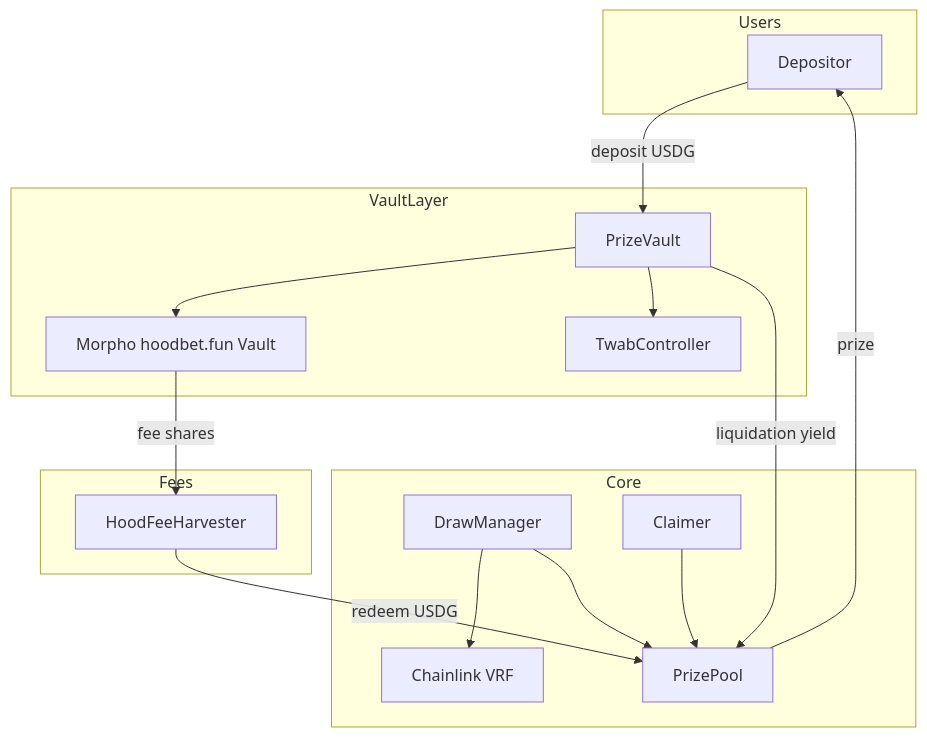
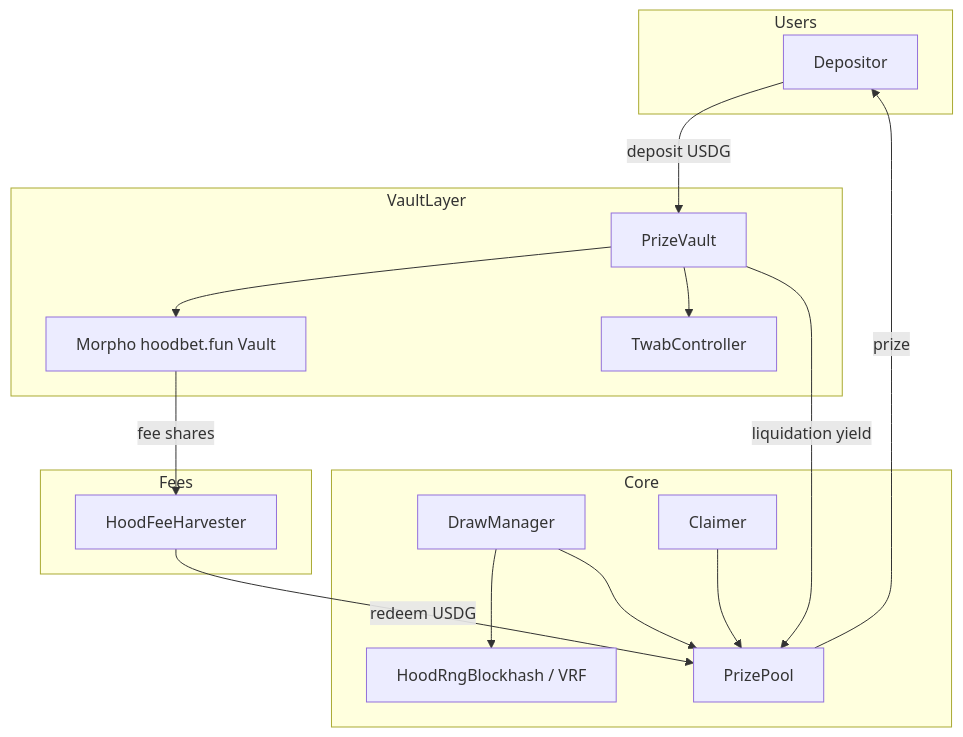
The diagram in developers/architecture.md (hoodbet-fun/docs), drawn with Mermaid before and after one commit. The commit also changed other lines of this file and 18 other files, not shown here.

````diff
--- a/developers/architecture.md
+++ b/developers/architecture.md
@@ -173,34 +166,34 @@
 ```mermaid
 flowchart TB
     subgraph Users
         U[Depositor]
     end
 
     subgraph VaultLayer
         PV[PrizeVault]
         MV[Morpho hoodbet.fun Vault]
         TC[TwabController]
     end
 
     subgraph Fees
         HF[HoodFeeHarvester]
     end
 
     subgraph Core
         PP[PrizePool]
         DM[DrawManager]
-        RNG[Chainlink VRF]
+        RNG[HoodRngBlockhash / VRF]
         CL[Claimer]
     end
 
     U -->|deposit USDG| PV
     PV --> MV
     PV --> TC
     MV -->|fee shares| HF
     HF -->|redeem USDG| PP
     PV -->|liquidation yield| PP
     DM --> RNG
     DM --> PP
     CL --> PP
     PP -->|prize| U
 ```
````
